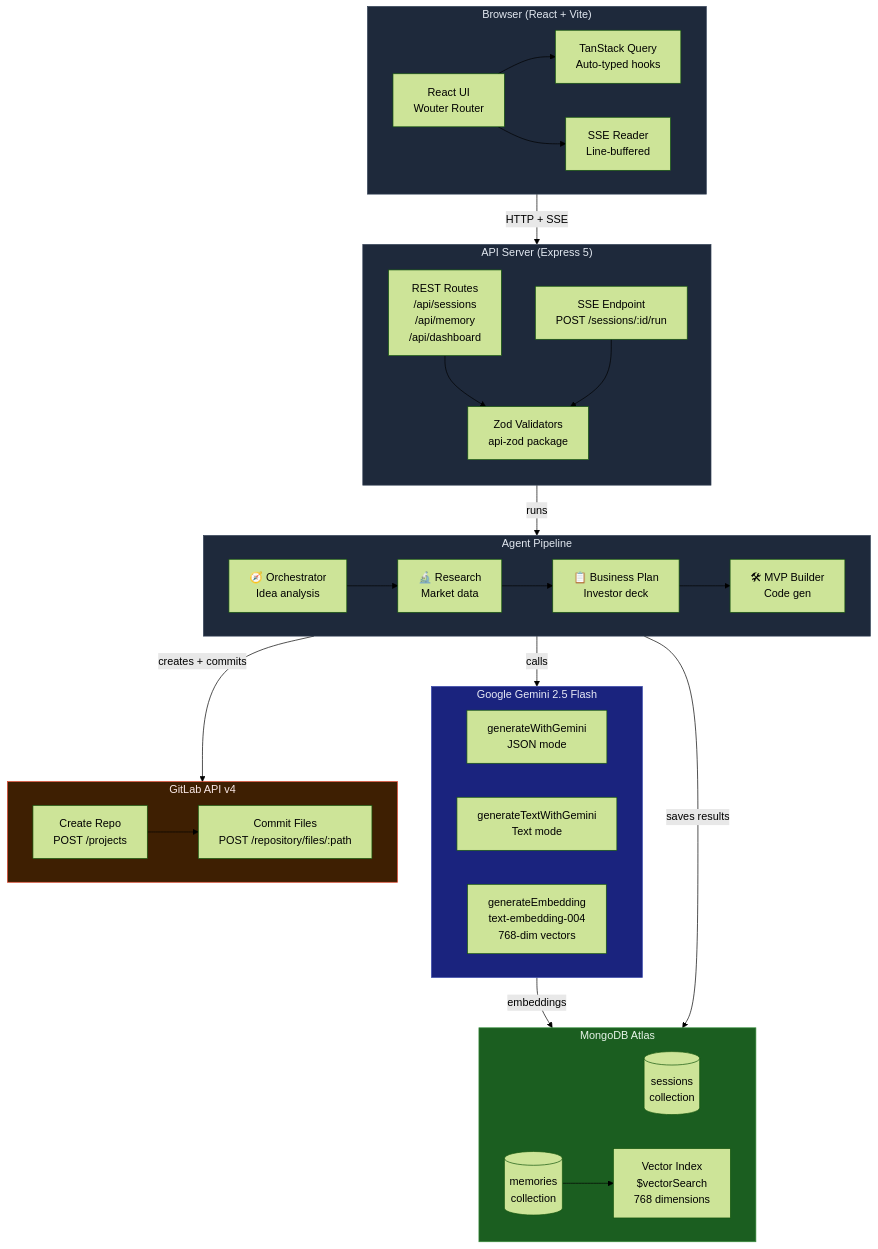
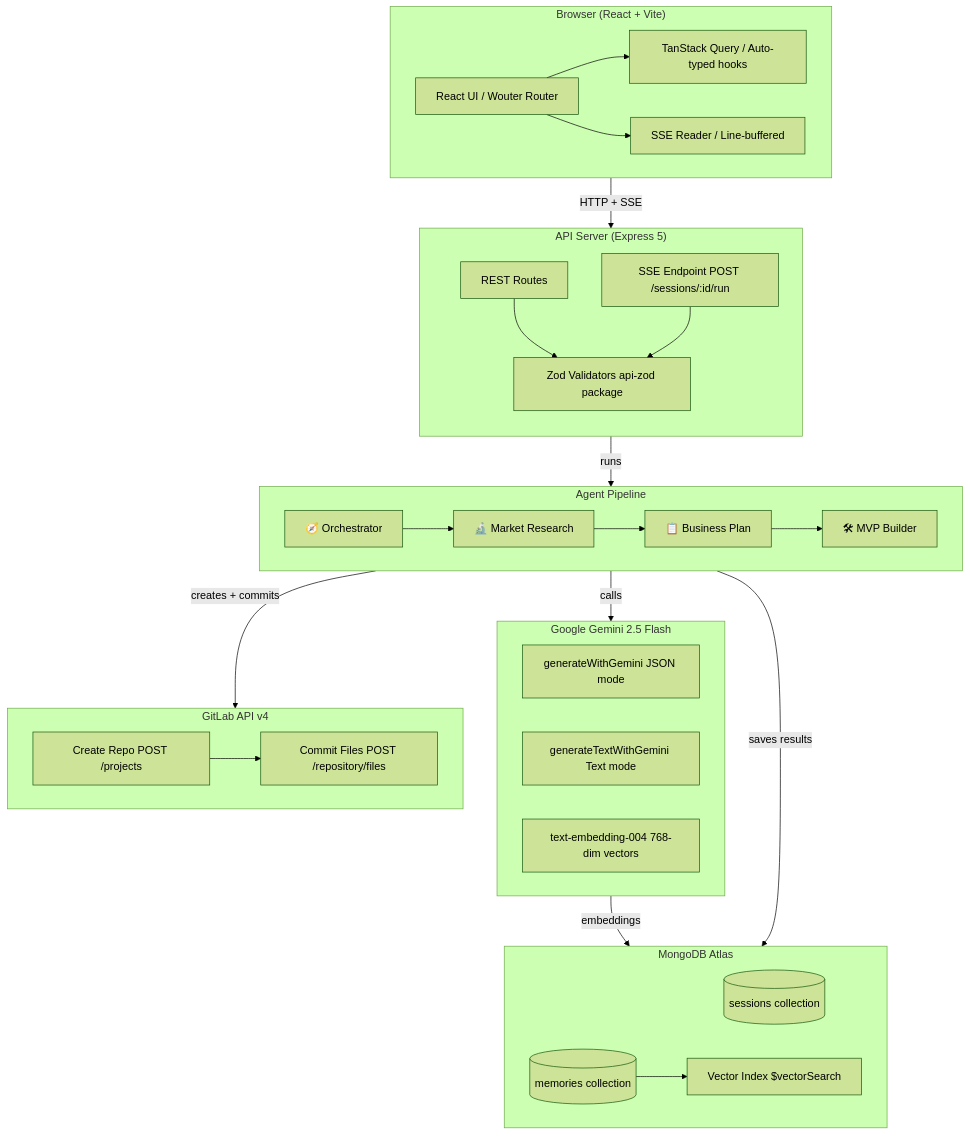
One commit to muhammad-hameed-ai/FounderAI changed the first of 6 diagrams in README.md. Above: the diagram before and after it, drawn with Mermaid (forest theme). The commit also changed other lines of this file, not shown here.

Commit message:
fix: remove CDATA wrapper that broke README rendering on GitHub

````diff
--- a/README.md
+++ b/README.md
@@ -91,61 +91,54 @@
 ```mermaid
 graph TB
     subgraph Browser["Browser (React + Vite)"]
-        UI[React UI<br/>Wouter Router]
-        RQ[TanStack Query<br/>Auto-typed hooks]
-        SSE[SSE Reader<br/>Line-buffered]
+        UI["React UI / Wouter Router"]
+        RQ["TanStack Query / Auto-typed hooks"]
+        SSE["SSE Reader / Line-buffered"]
         UI --> RQ
         UI --> SSE
     end
 
     subgraph API["API Server (Express 5)"]
         direction TB
-        ROUTES[REST Routes<br/>/api/sessions<br/>/api/memory<br/>/api/dashboard]
-        STREAM[SSE Endpoint<br/>POST /sessions/:id/run]
-        ZOD[Zod Validators<br/>api-zod package]
+        ROUTES["REST Routes"]
+        STREAM["SSE Endpoint POST /sessions/:id/run"]
+        ZOD["Zod Validators api-zod package"]
         ROUTES --> ZOD
         STREAM --> ZOD
     end
 
     subgraph Agents["Agent Pipeline"]
         direction LR
-        O[🧭 Orchestrator<br/>Idea analysis]
-        R[🔬 Research<br/>Market data]
-        B[📋 Business Plan<br/>Investor deck]
-        M[🛠 MVP Builder<br/>Code gen]
+        O["🧭 Orchestrator"]
+        R["🔬 Market Research"]
+        B["📋 Business Plan"]
+        M["🛠 MVP Builder"]
         O --> R --> B --> M
     end
 
     subgraph Gemini["Google Gemini 2.5 Flash"]
-        GEN[generateWithGemini<br/>JSON mode]
-        TEXT[generateTextWithGemini<br/>Text mode]
-        EMBED[generateEmbedding<br/>text-embedding-004<br/>768-dim vectors]
+        GEN["generateWithGemini JSON mode"]
+        TEXT["generateTextWithGemini Text mode"]
+        EMBED["text-embedding-004 768-dim vectors"]
     end
 
     subgraph Storage["MongoDB Atlas"]
-        SESSIONS[(sessions<br/>collection)]
-        MEMORIES[(memories<br/>collection)]
-        VECTOR[Vector Index<br/>$vectorSearch<br/>768 dimensions]
+        SESSIONS[("sessions collection")]
+        MEMORIES[("memories collection")]
+        VECTOR["Vector Index $vectorSearch"]
         MEMORIES --> VECTOR
     end
 
     subgraph GitLab["GitLab API v4"]
-        REPO[Create Repo<br/>POST /projects]
-        COMMIT[Commit Files<br/>POST /repository/files/:path]
+        REPO["Create Repo POST /projects"]
+        COMMIT["Commit Files POST /repository/files"]
         REPO --> COMMIT
     end
 
     Browser -->|HTTP + SSE| API
     STREAM -->|runs| Agents
     Agents -->|calls| Gemini
     Gemini -->|embeddings| Storage
     Agents -->|saves results| Storage
     M -->|creates + commits| GitLab
-
-    style Browser fill:#1e293b,stroke:#334155,color:#e2e8f0
-    style API fill:#1e293b,stroke:#334155,color:#e2e8f0
-    style Agents fill:#1e293b,stroke:#334155,color:#e2e8f0
-    style Gemini fill:#1a237e,stroke:#3949ab,color:#e8eaf6
-    style Storage fill:#1b5e20,stroke:#388e3c,color:#e8f5e9
-    style GitLab fill:#3e1f02,stroke:#e24329,color:#fbe9e7
 ```
````
